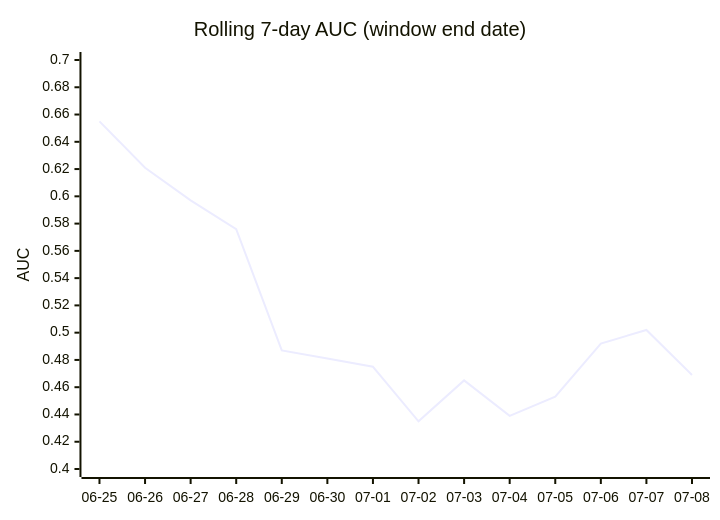
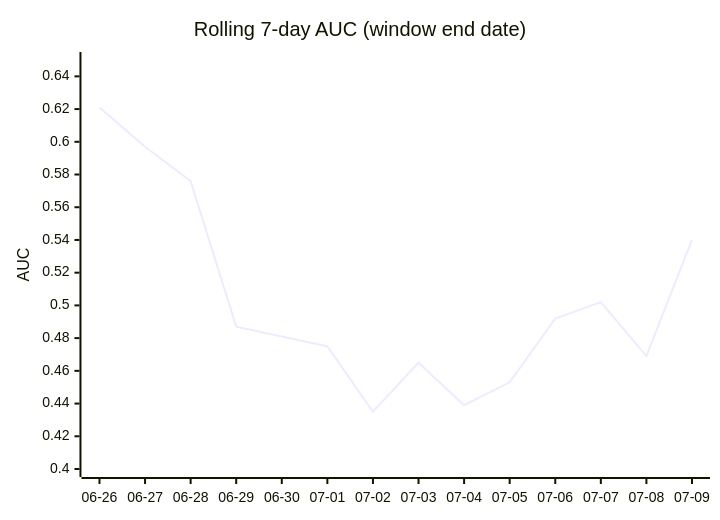
The fourth of 5 diagrams in DAILY_AGSU_REPORT.md (dpk1212/nhl-savant), drawn with Mermaid before and after one commit. The commit also changed other lines of this file, not shown here.

````diff
--- a/DAILY_AGSU_REPORT.md
+++ b/DAILY_AGSU_REPORT.md
@@ -541,7 +543,7 @@
 ```mermaid
 xychart-beta
     title "Rolling 7-day AUC (window end date)"
-    x-axis ["06-25", "06-26", "06-27", "06-28", "06-29", "06-30", "07-01", "07-02", "07-03", "07-04", "07-05", "07-06", "07-07", "07-08"]
-    y-axis "AUC" 0.4 --> 0.7
-    line [0.655, 0.621, 0.597, 0.576, 0.487, 0.481, 0.475, 0.435, 0.465, 0.439, 0.453, 0.492, 0.502, 0.469]
+    x-axis ["06-26", "06-27", "06-28", "06-29", "06-30", "07-01", "07-02", "07-03", "07-04", "07-05", "07-06", "07-07", "07-08", "07-09"]
+    y-axis "AUC" 0.4 --> 0.65
+    line [0.621, 0.597, 0.576, 0.487, 0.481, 0.475, 0.435, 0.465, 0.439, 0.453, 0.492, 0.502, 0.469, 0.54]
 ```
````
